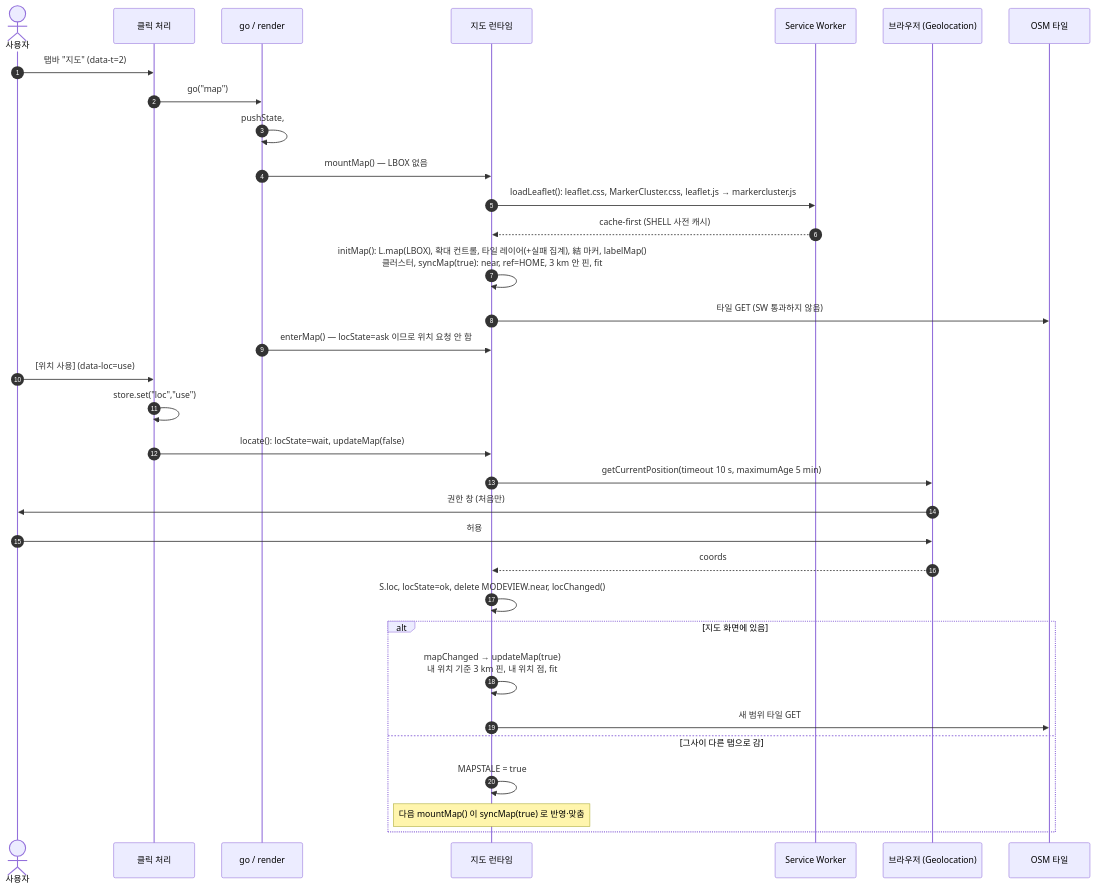
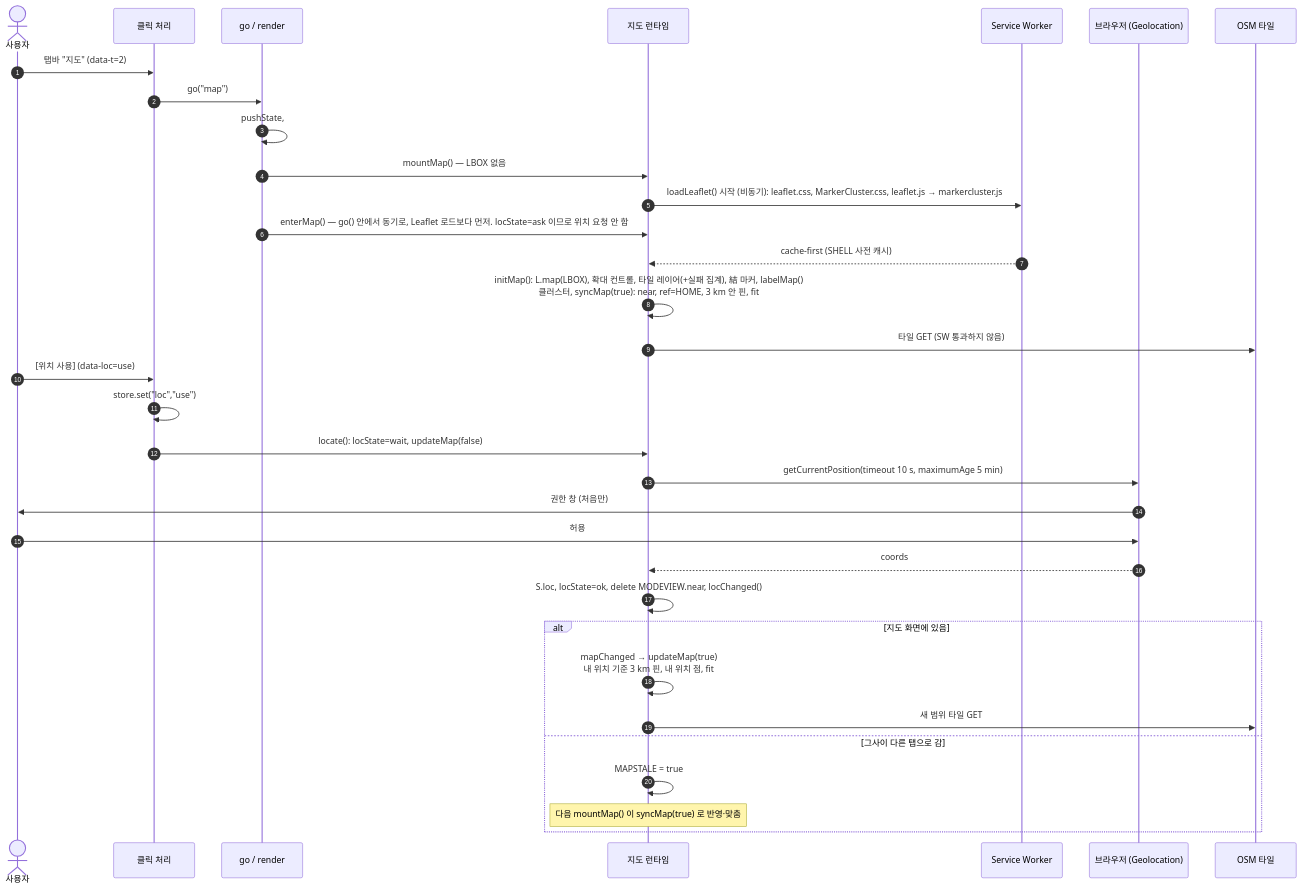
Before and after one commit to underthesun7213/yui-board: the sixth of 8 diagrams in docs/architecture/rfc/0002-mlp-client-only.md, drawn with Mermaid. The commit also changed other lines of this file and 6 other files, not shown here.

First line of the commit message:
Update MLP architecture docs to commit 7b6d631

````diff
--- a/docs/architecture/rfc/0002-mlp-client-only.md
+++ b/docs/architecture/rfc/0002-mlp-client-only.md
@@ -337,36 +339,36 @@
 ```mermaid
 sequenceDiagram
   autonumber
   actor U as 사용자
   participant C as 클릭 처리
   participant G as go / render
   participant M as 지도 런타임
   participant SW as Service Worker
   participant B as 브라우저 (Geolocation)
   participant O as OSM 타일
 
   U->>C: 탭바 "지도" (data-t=2)
   C->>G: go("map")
   G->>G: pushState, #main = mapView()<br/>locState=ask → 안내 카드, #lmapslot "지도를 불러오고 있습니다…"
   G->>M: mountMap() — LBOX 없음
-  M->>SW: loadLeaflet(): leaflet.css, MarkerCluster.css, leaflet.js → markercluster.js
+  M->>SW: loadLeaflet() 시작 (비동기): leaflet.css, MarkerCluster.css, leaflet.js → markercluster.js
+  G->>M: enterMap() — go() 안에서 동기로, Leaflet 로드보다 먼저. locState=ask 이므로 위치 요청 안 함
   SW-->>M: cache-first (SHELL 사전 캐시)
   M->>M: initMap(): L.map(LBOX), 확대 컨트롤, 타일 레이어(+실패 집계), 結 마커, labelMap()<br/>클러스터, syncMap(true): near, ref=HOME, 3 km 안 핀, fit
   M->>O: 타일 GET (SW 통과하지 않음)
-  G->>M: enterMap() — locState=ask 이므로 위치 요청 안 함
   U->>C: [위치 사용] (data-loc=use)
   C->>C: store.set("loc","use")
   C->>M: locate(): locState=wait, updateMap(false)
   M->>B: getCurrentPosition(timeout 10 s, maximumAge 5 min)
   B->>U: 권한 창 (처음만)
   U->>B: 허용
   B-->>M: coords
   M->>M: S.loc, locState=ok, delete MODEVIEW.near, locChanged()
   alt 지도 화면에 있음
     M->>M: mapChanged → updateMap(true)<br/>내 위치 기준 3 km 핀, 내 위치 점, fit
     M->>O: 새 범위 타일 GET
   else 그사이 다른 탭으로 감
     M->>M: MAPSTALE = true
     Note over M: 다음 mountMap() 이 syncMap(true) 로 반영·맞춤
   end
 ```
````
